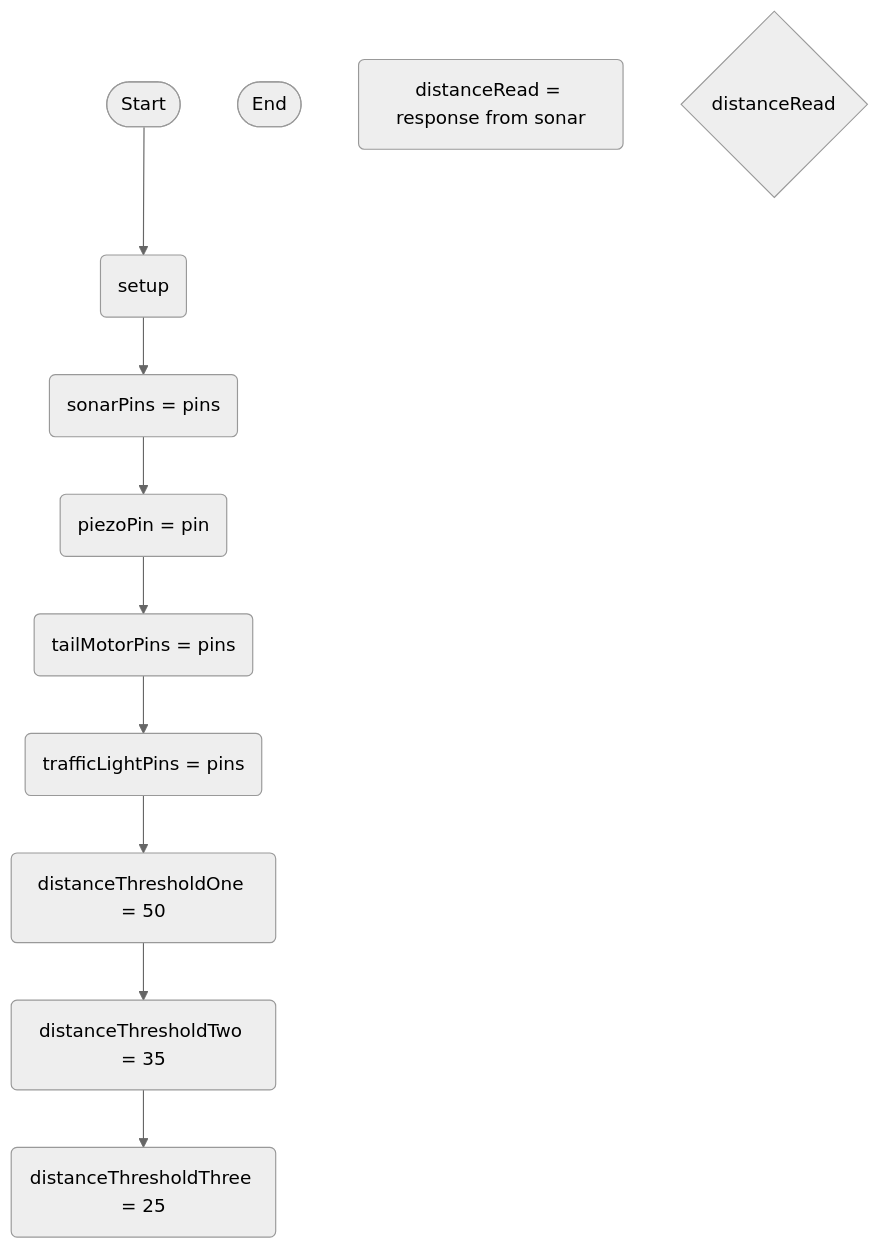
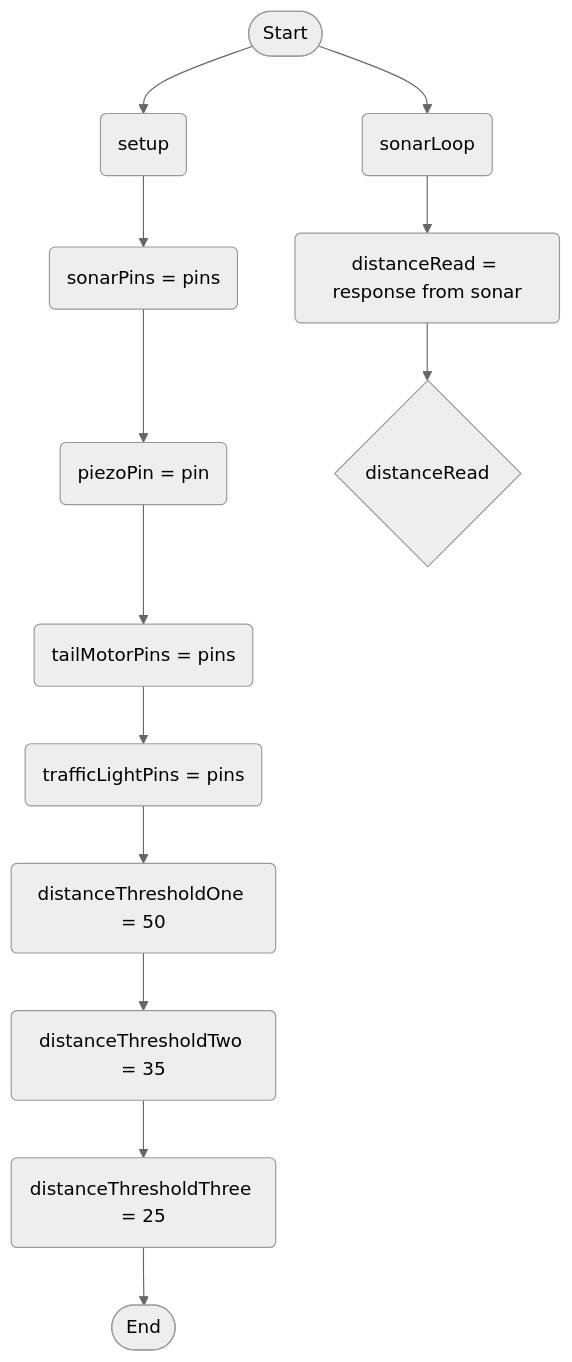
One commit to Deltace05/SmartDog changed the diagram in logic.md. Above: the diagram before and after it, drawn with Mermaid (neutral theme).

````diff
--- a/logic.md
+++ b/logic.md
@@ -1,23 +1,30 @@
 ```mermaid
 flowchart TD
 terminalStart([Start])
 terminalEnd([End])
 setupStart(setup)
 setSonarRead(sonarPins = pins)
 setPiezoPin(piezoPin = pin)
 setTail(tailMotorPins = pins)
 setLight(trafficLightPins = pins)
 thresholdSetOne(distanceThresholdOne = 50)
 thresholdSetTwo(distanceThresholdTwo = 35)
 thresholdSetThree(distanceThresholdThree = 25)
 currentDistanceReading(distanceRead = response from sonar)
 ifDistanceLessThanThresholdOne{distanceRead <distanceThresholdOne>}
+sonarStart(sonarLoop)
+
 terminalStart --> setupStart
 setupStart --> setSonarRead
 setSonarRead --> setPiezoPin
 setPiezoPin --> setTail
 setTail --> setLight
 setLight --> thresholdSetOne
 thresholdSetOne --> thresholdSetTwo
 thresholdSetTwo --> thresholdSetThree
+thresholdSetThree --> terminalEnd
+
+terminalStart --> sonarStart
+sonarStart --> currentDistanceReading
+currentDistanceReading --> ifDistanceLessThanThresholdOne
 ```
````
